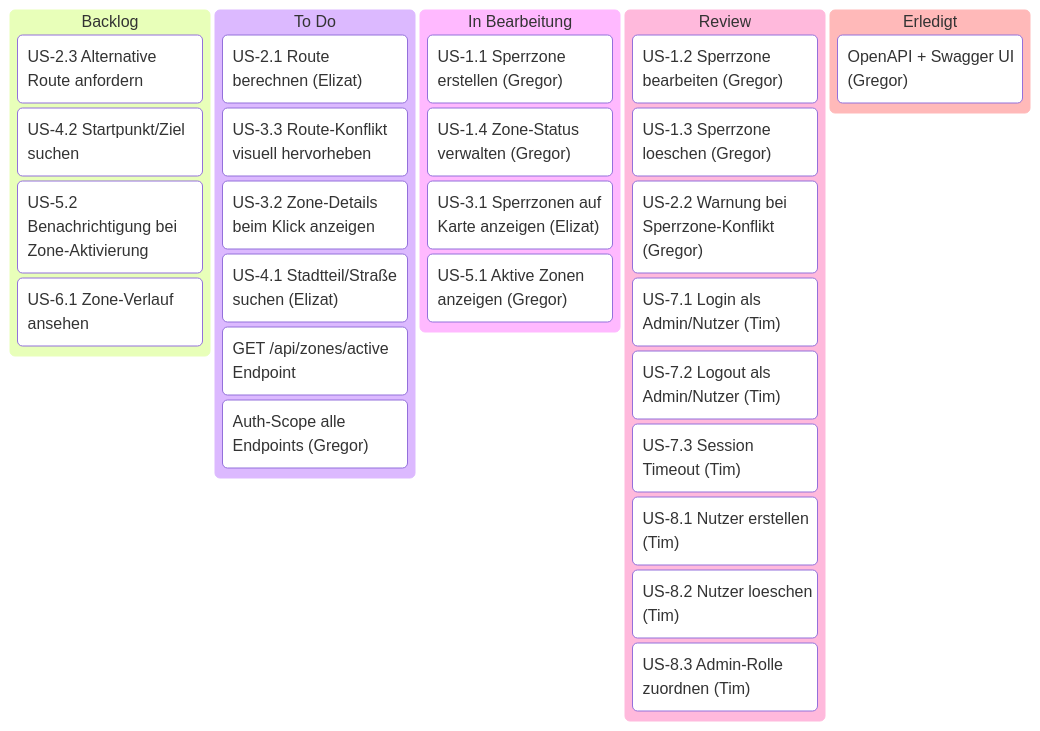
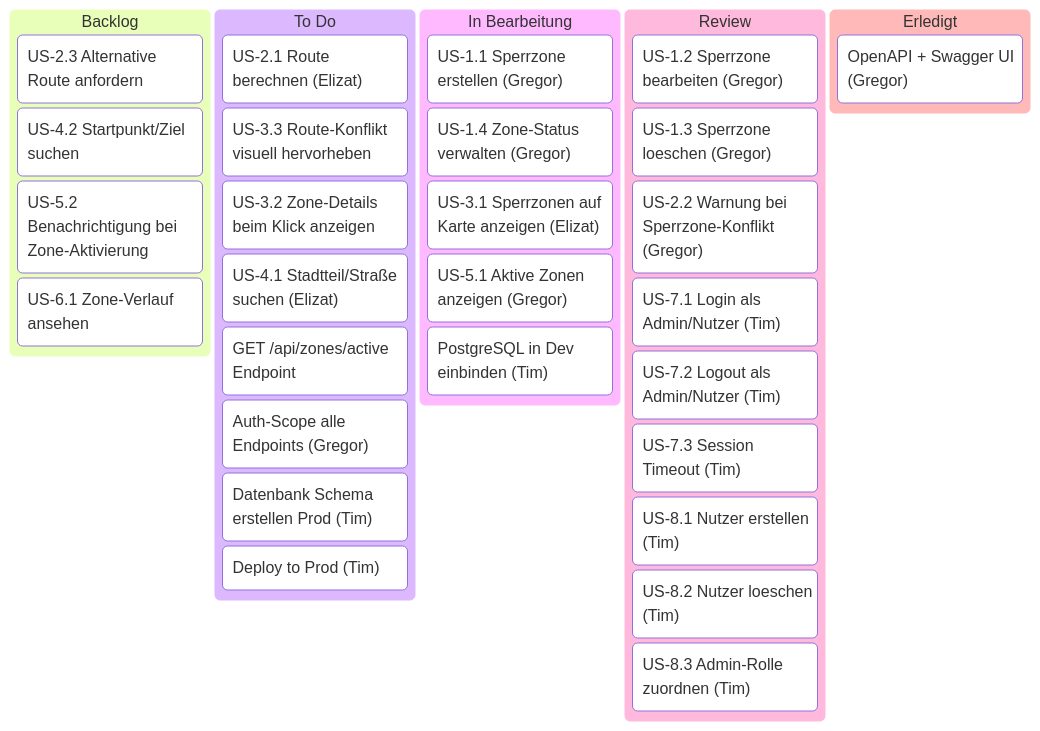
The diagram in docs/project/PLAN.md (g8rdier/urban-flow-governance), drawn with Mermaid before and after one commit.

Commit message:
docs: Added new todos for Tim

````diff
--- a/docs/project/PLAN.md
+++ b/docs/project/PLAN.md
@@ -15,41 +15,44 @@
 ```mermaid
 ---
 config:
   kanban:
     ticketBaseUrl: ''
 ---
 kanban
   Backlog
     b1[US-2.3 Alternative Route anfordern]
     b2[US-4.2 Startpunkt/Ziel suchen]
     b3[US-5.2 Benachrichtigung bei Zone-Aktivierung]
     b4[US-6.1 Zone-Verlauf ansehen]
 
   ToDo[To Do]
     t1["US-2.1 Route berechnen (Elizat)"]
     t2[US-3.3 Route-Konflikt visuell hervorheben]
     t3[US-3.2 Zone-Details beim Klick anzeigen]
     t4["US-4.1 Stadtteil/Straße suchen (Elizat)"]
     t5["GET /api/zones/active Endpoint"]
     t6["Auth-Scope alle Endpoints (Gregor)"]
+    t7["Datenbank Schema erstellen Prod (Tim)"]
+    t8["Deploy to Prod (Tim)"]
 
   InProgress[In Bearbeitung]
     p1["US-1.1 Sperrzone erstellen (Gregor)"]
     p2["US-1.4 Zone-Status verwalten (Gregor)"]
     p3["US-3.1 Sperrzonen auf Karte anzeigen (Elizat)"]
     p4["US-5.1 Aktive Zonen anzeigen (Gregor)"]
+    p5["PostgreSQL in Dev einbinden (Tim)"]
 
   Review
     r1["US-1.2 Sperrzone bearbeiten (Gregor)"]
     r2["US-1.3 Sperrzone loeschen (Gregor)"]
     r3["US-2.2 Warnung bei Sperrzone-Konflikt (Gregor)"]
     r4["US-7.1 Login als Admin/Nutzer (Tim)"]
     r5["US-7.2 Logout als Admin/Nutzer (Tim)"]
     r6["US-7.3 Session Timeout (Tim)"]
     r7["US-8.1 Nutzer erstellen (Tim)"]
     r8["US-8.2 Nutzer loeschen (Tim)"]
     r9["US-8.3 Admin-Rolle zuordnen (Tim)"]
 
   Erledigt
     d1["OpenAPI + Swagger UI (Gregor)"]
 ```
````
